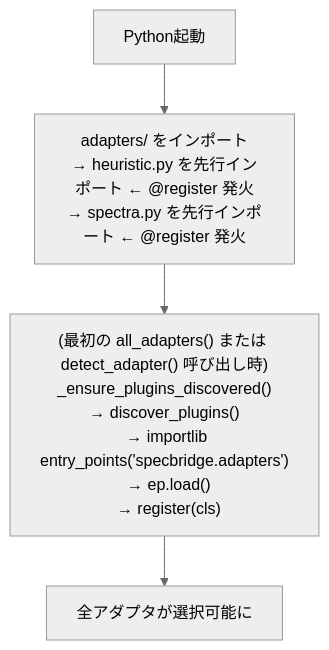
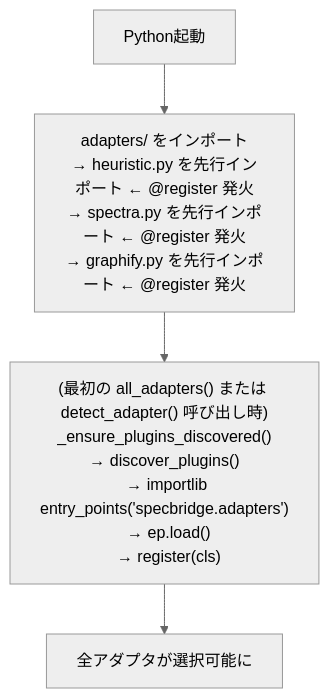
One commit to nekolife1984/specbridge changed the second of 2 diagrams in docs/ja/03-adapter-plugin-system.md. Above: the diagram before and after it, drawn with Mermaid (neutral theme). The commit also changed other lines of this file and 6 other files, not shown here.

````diff
--- a/docs/ja/03-adapter-plugin-system.md
+++ b/docs/ja/03-adapter-plugin-system.md
@@ -192,9 +230,9 @@
 ```mermaid
 flowchart TB
     START["Python起動"]
-    IMPORT["adapters/ をインポート<br/>→ heuristic.py を先行インポート ← @register 発火<br/>→ spectra.py を先行インポート ← @register 発火"]
+    IMPORT["adapters/ をインポート<br/>→ heuristic.py を先行インポート ← @register 発火<br/>→ spectra.py を先行インポート ← @register 発火<br/>→ graphify.py を先行インポート ← @register 発火"]
     DISCOVER["(最初の all_adapters() または detect_adapter() 呼び出し時)<br/>_ensure_plugins_discovered()<br/>→ discover_plugins()<br/>  → importlib entry_points('specbridge.adapters')<br/>  → ep.load()<br/>  → register(cls)"]
     DONE["全アダプタが選択可能に"]
 
     START --> IMPORT --> DISCOVER --> DONE
 ```
````
